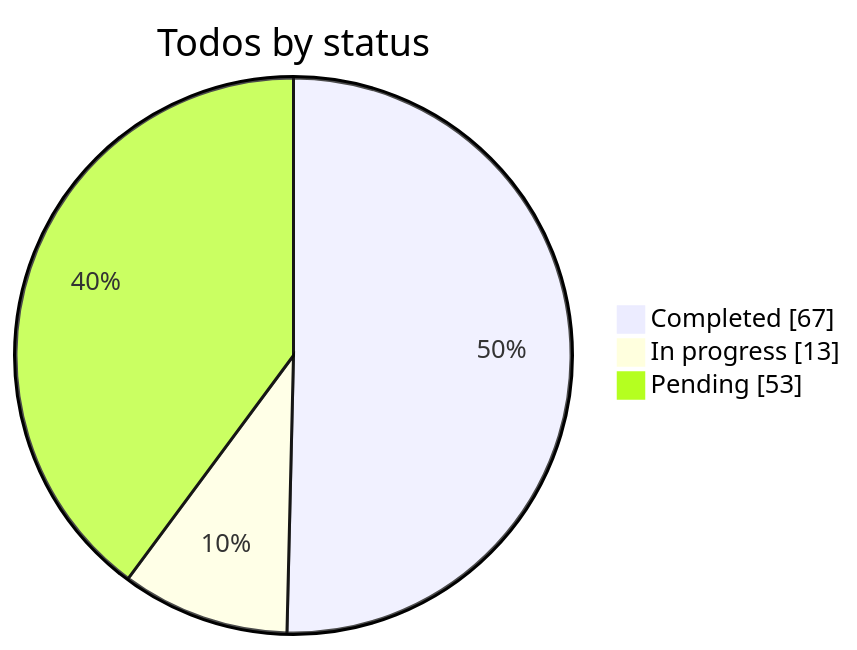
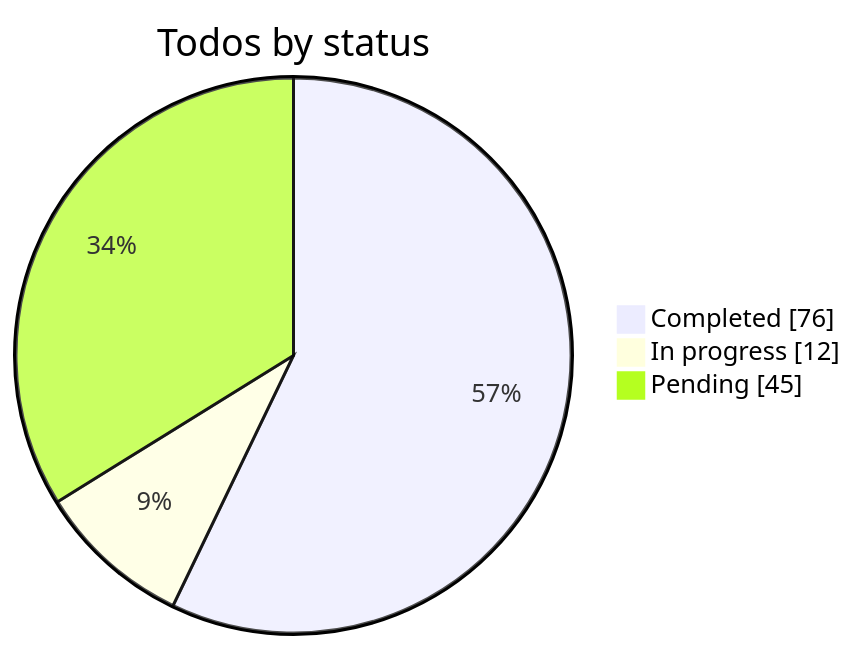
The diagram in .cursor/plans/custom_builder_engine_refs.plan.md (KantaPaul/next-cms), drawn with Mermaid before and after one commit. The commit also changed other lines of this file and 1 other file, not shown here.

````diff
--- a/.cursor/plans/custom_builder_engine_refs.plan.md
+++ b/.cursor/plans/custom_builder_engine_refs.plan.md
@@ -427,6 +427,6 @@
 ```mermaid
 pie showData title Todos by status
-  "Completed" : 67
-  "In progress" : 13
-  "Pending" : 53
+  "Completed" : 76
+  "In progress" : 12
+  "Pending" : 45
 ```
````
